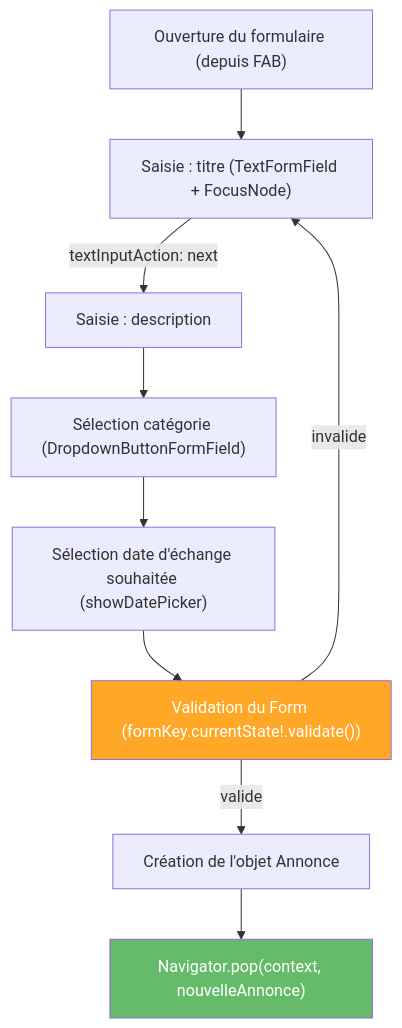
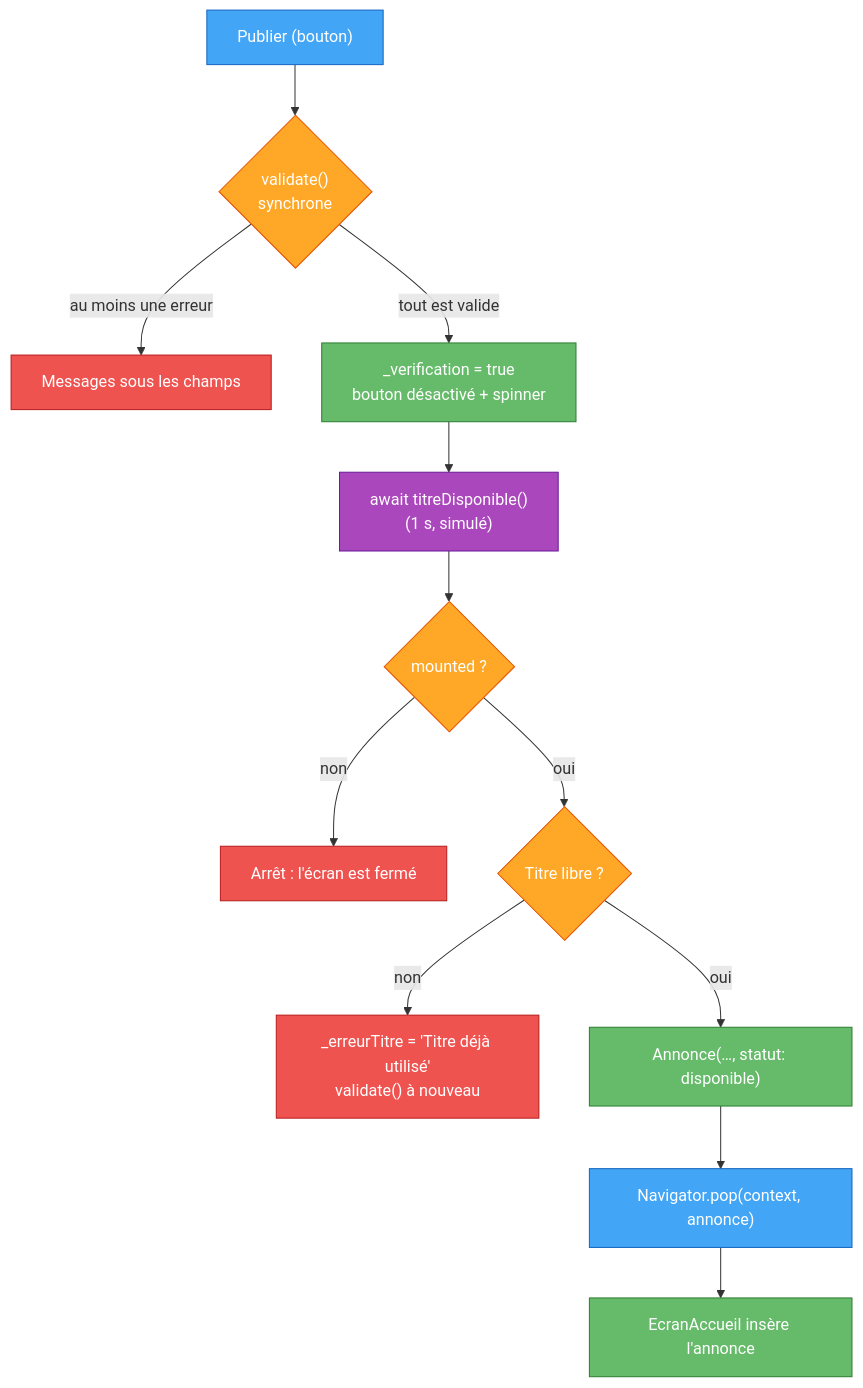
The diagram in TP6_Formulaires_Avances.md (hajjiBel/flutter_2026), drawn with Mermaid before and after one commit. The commit also changed other lines of this file, not shown here.

First line of the commit message:
TP6 : refonte de l'énoncé (Form, validation asynchrone, état dérivé, partie anti-IA)

````diff
--- a/TP6_Formulaires_Avances.md
+++ b/TP6_Formulaires_Avances.md
@@ -32,14 +76,20 @@
 ```mermaid
 flowchart TD
-    A["Ouverture du formulaire (depuis FAB)"] --> B["Saisie : titre (TextFormField + FocusNode)"]
-    B -->|"textInputAction: next"| C["Saisie : description"]
-    C --> D["Sélection catégorie (DropdownButtonFormField)"]
-    D --> E["Sélection date d'échange souhaitée (showDatePicker)"]
-    E --> F["Validation du Form (formKey.currentState!.validate())"]
-    F -->|"invalide"| B
-    F -->|"valide"| G["Création de l'objet Annonce"]
-    G --> H["Navigator.pop(context, nouvelleAnnonce)"]
+    A["Publier (bouton)"]:::action --> B{"validate()<br/>synchrone"}:::check
+    B -->|"au moins une erreur"| E1["Messages sous les champs"]:::error
+    B -->|"tout est valide"| C["_verification = true<br/>bouton désactivé + spinner"]:::state
+    C --> D["await titreDisponible()<br/>(1 s, simulé)"]:::async
+    D --> M{"mounted ?"}:::check
+    M -->|"non"| X["Arrêt : l'écran est fermé"]:::error
+    M -->|"oui"| F{"Titre libre ?"}:::check
+    F -->|"non"| E2["_erreurTitre = 'Titre déjà utilisé'<br/>validate() à nouveau"]:::error
+    F -->|"oui"| G["Annonce(…, statut: disponible)"]:::state
+    G --> H["Navigator.pop(context, annonce)"]:::action
+    H --> I["EcranAccueil insère l'annonce"]:::state
 
-    style F fill:#ffa726,color:#fff
-    style H fill:#66bb6a,color:#fff
+    classDef action fill:#42a5f5,stroke:#1565c0,color:#fff
+    classDef check fill:#ffa726,stroke:#e65100,color:#fff
+    classDef state fill:#66bb6a,stroke:#2e7d32,color:#fff
+    classDef async fill:#ab47bc,stroke:#6a1b9a,color:#fff
+    classDef error fill:#ef5350,stroke:#b71c1c,color:#fff
 ```
````
